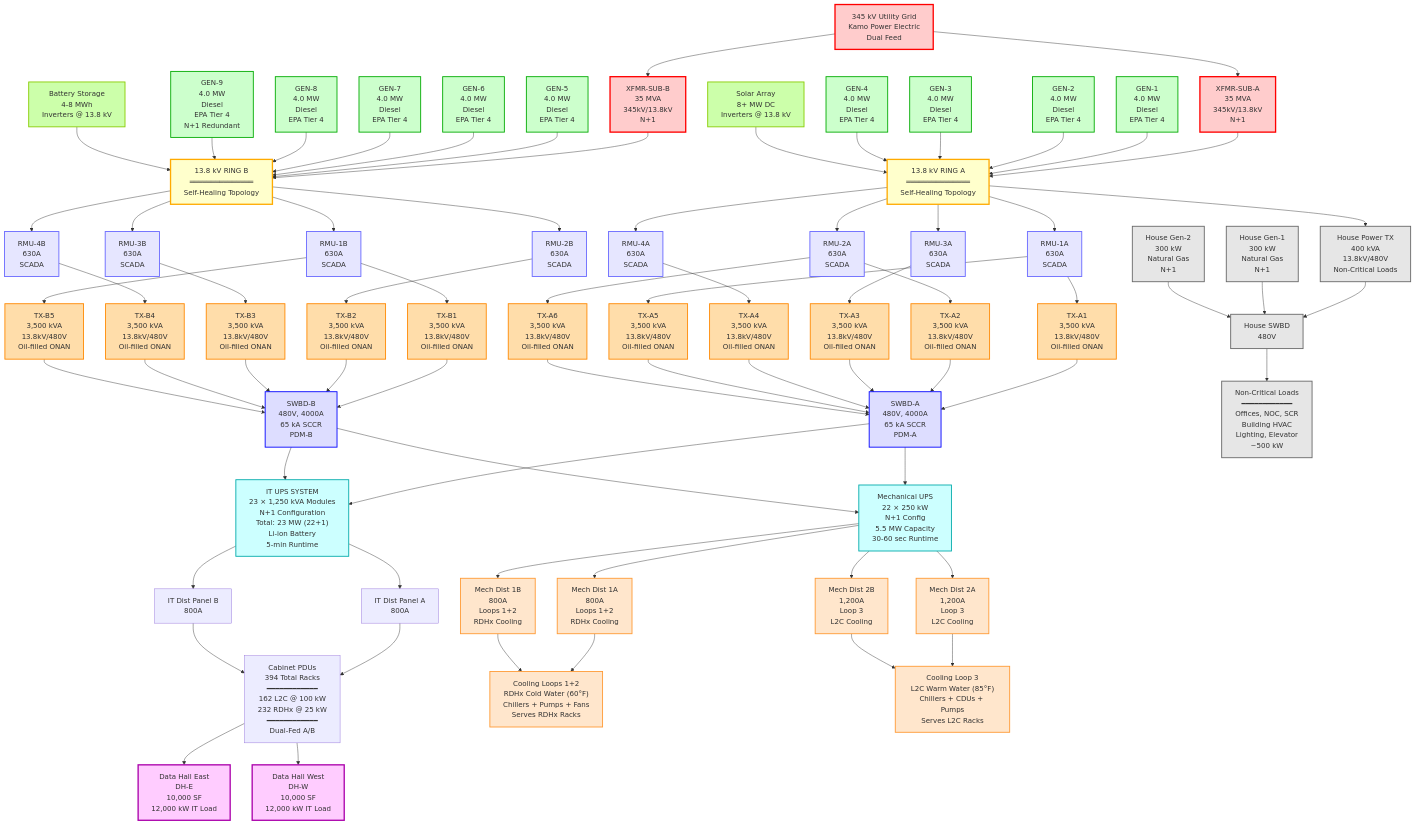
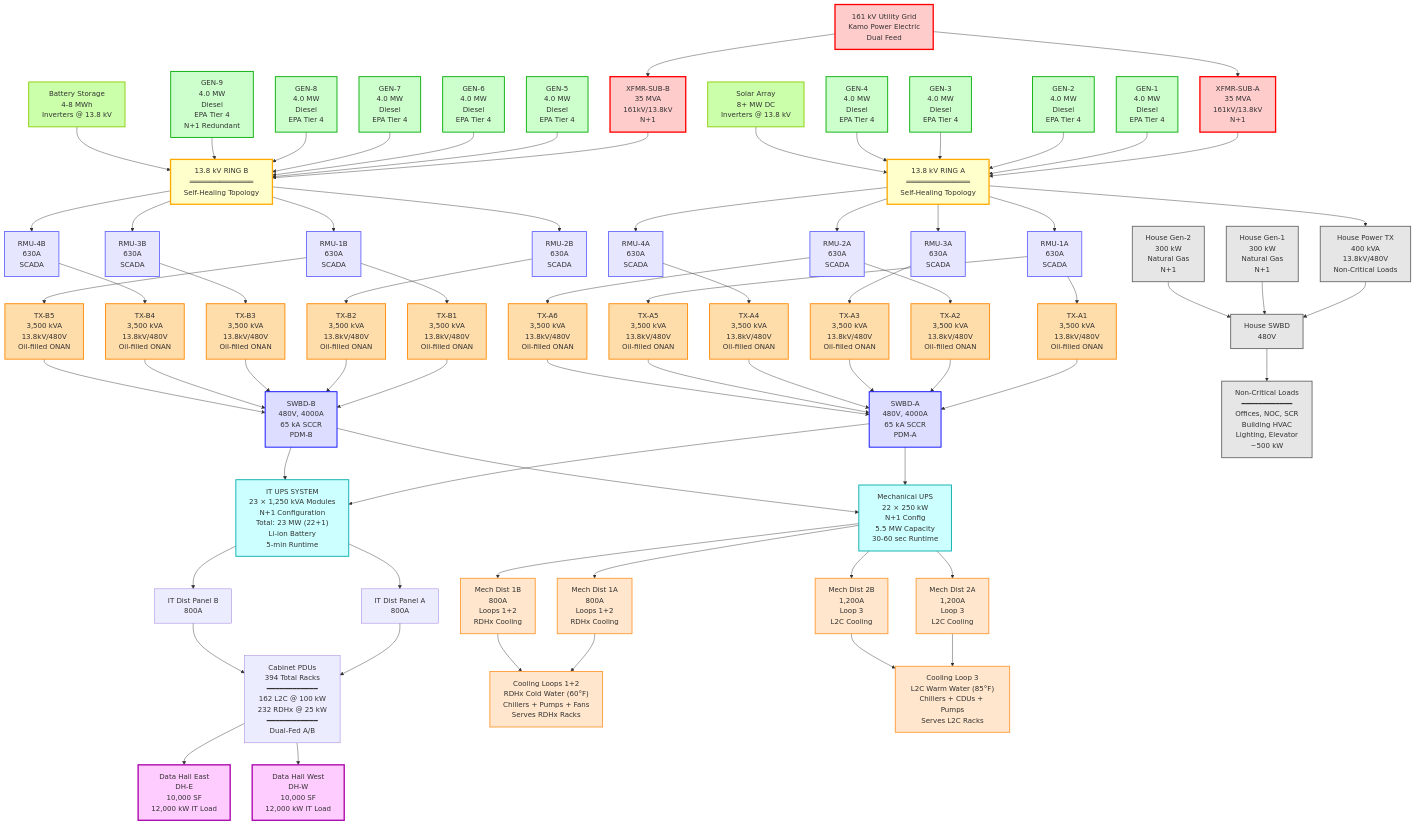
Before and after one commit to bentonperet/Saga: the diagram in Saga Pryor DC/Basis of Design/SLDs/SLD_Phase4_22MW.md, drawn with Mermaid. The commit also changed other lines of this file and 15 other files, not shown here.

````diff
--- a/Saga Pryor DC/Basis of Design/SLDs/SLD_Phase4_22MW.md
+++ b/Saga Pryor DC/Basis of Design/SLDs/SLD_Phase4_22MW.md
@@ -29,11 +29,11 @@
 ```mermaid
 graph TB
     %% Utility Service
-    UTIL[345 kV Utility Grid<br/>Kamo Power Electric<br/>Dual Feed]
+    UTIL[161 kV Utility Grid<br/>Kamo Power Electric<br/>Dual Feed]
 
     %% Substation Transformers (N+1)
-    UTIL --> XFMR_SUB_A["XFMR-SUB-A<br/>35 MVA<br/>345kV/13.8kV<br/>N+1"]
-    UTIL --> XFMR_SUB_B["XFMR-SUB-B<br/>35 MVA<br/>345kV/13.8kV<br/>N+1"]
+    UTIL --> XFMR_SUB_A["XFMR-SUB-A<br/>35 MVA<br/>161kV/13.8kV<br/>N+1"]
+    UTIL --> XFMR_SUB_B["XFMR-SUB-B<br/>35 MVA<br/>161kV/13.8kV<br/>N+1"]
 
     %% 13.8 kV Dual Ring Distribution
     XFMR_SUB_A --> RING_A["13.8 kV RING A<br/>═══════════════<br/>Self-Healing Topology"]
````
